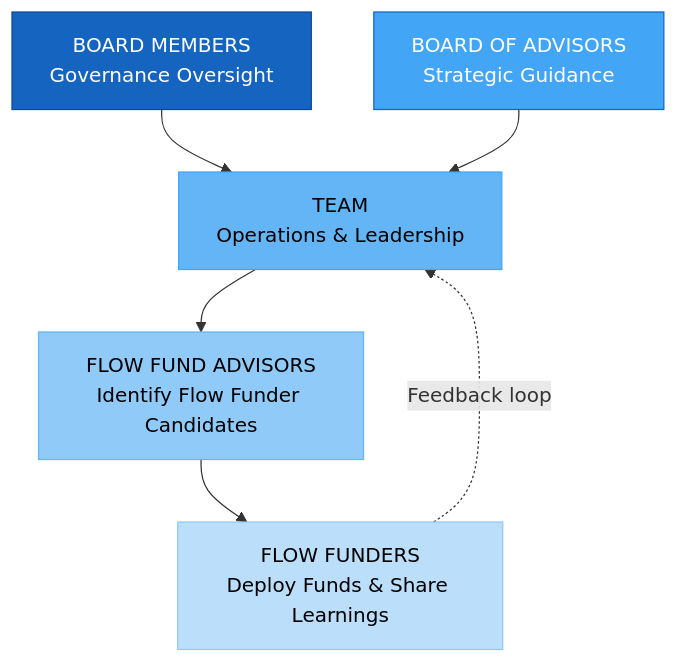
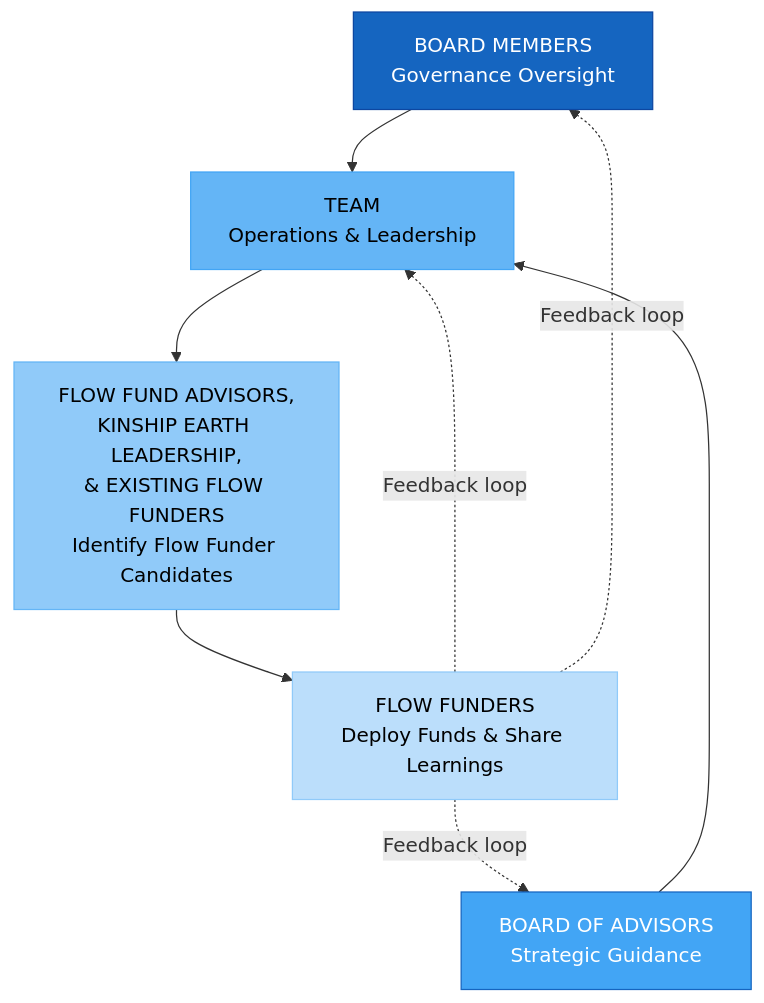
The third of 4 diagrams in kinship-earth/EXECUTIVE-SUMMARY.md (Light-Brands/sydney), drawn with Mermaid before and after one commit.

Commit message:
Update governance structure diagram: expand Flow Fund Advisors box and add feedback loops
- Updated the Flow Fund Advisors box to include "KINSHIP EARTH LEADERSHIP, & EXISTING FLOW FUNDERS"
- Added feedback loop arrows from Flow Funders to Board Members and Board of Advisors

https://claude.ai/code/session_01GFkzcXctHmT9u2z5Pb3uCC

````diff
--- a/kinship-earth/EXECUTIVE-SUMMARY.md
+++ b/kinship-earth/EXECUTIVE-SUMMARY.md
@@ -172,20 +172,22 @@
 ```mermaid
 flowchart TD
     BOARD["BOARD MEMBERS<br/>Governance Oversight"]
     BOA["BOARD OF ADVISORS<br/>Strategic Guidance"]
     TEAM["TEAM<br/>Operations & Leadership"]
-    FFA["FLOW FUND ADVISORS<br/>Identify Flow Funder Candidates"]
+    FFA["FLOW FUND ADVISORS,<br/>KINSHIP EARTH LEADERSHIP,<br/>& EXISTING FLOW FUNDERS<br/>Identify Flow Funder Candidates"]
     FF["FLOW FUNDERS<br/>Deploy Funds & Share Learnings"]
 
     BOARD --> TEAM
     BOA --> TEAM
     TEAM --> FFA
     FFA --> FF
     FF -.->|"Feedback loop"| TEAM
+    FF -.->|"Feedback loop"| BOARD
+    FF -.->|"Feedback loop"| BOA
 
     style BOARD fill:#1565C0,stroke:#0D47A1,color:#fff
     style BOA fill:#42A5F5,stroke:#1565C0,color:#fff
     style TEAM fill:#64B5F6,stroke:#42A5F5,color:#000
     style FFA fill:#90CAF9,stroke:#64B5F6,color:#000
     style FF fill:#BBDEFB,stroke:#90CAF9,color:#000
 ```
````
